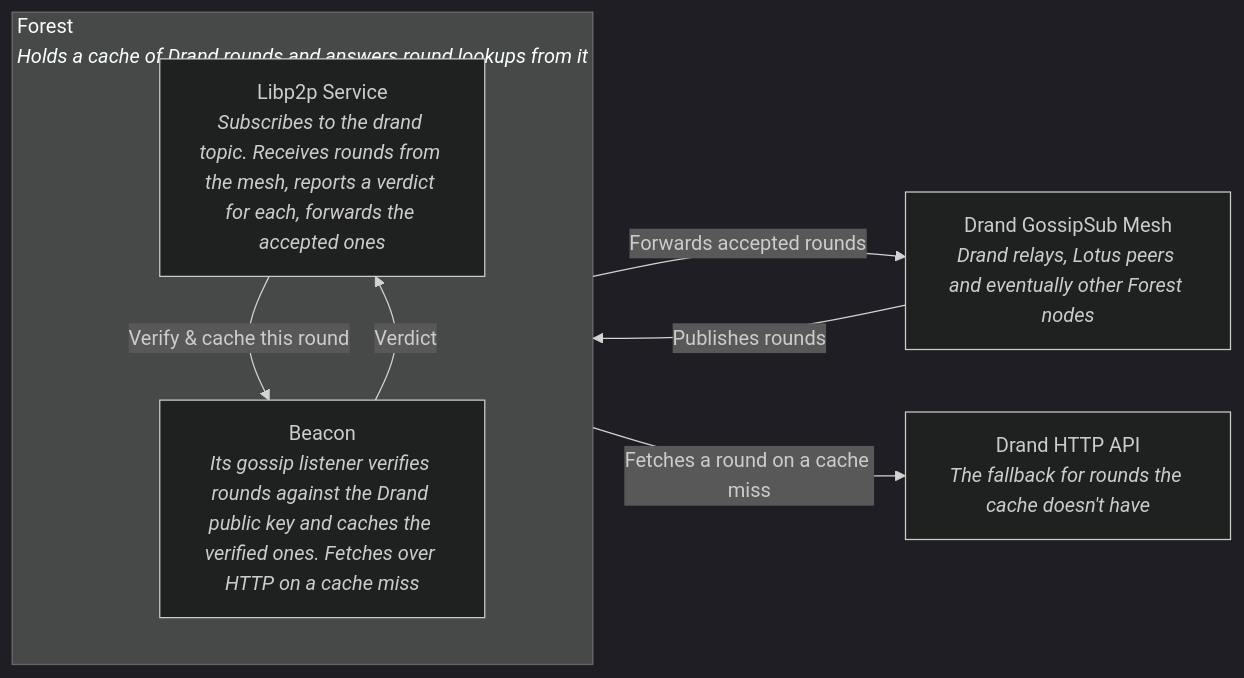
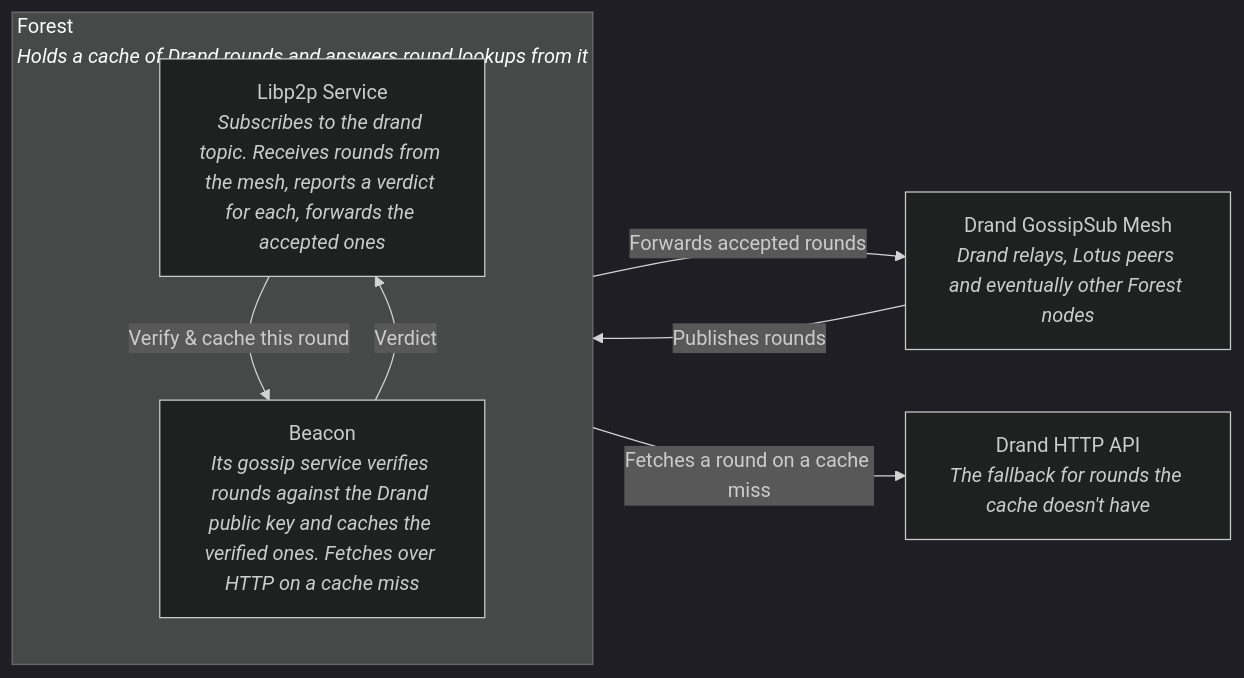
The second of 4 diagrams in docs/docs/developers/deep_dives/drand_gossipsub.md (ChainSafe/forest), drawn with Mermaid (dark theme) before and after one commit. The commit also changed other lines of this file and 8 other files, not shown here.

Commit message:
chore: remove listener, use drand gossip only, setup similarly to chain_follower

````diff
--- a/docs/docs/developers/deep_dives/drand_gossipsub.md
+++ b/docs/docs/developers/deep_dives/drand_gossipsub.md
@@ -36,17 +36,17 @@
 ```mermaid
 flowchart LR
   mesh["Drand GossipSub Mesh<br><i>Drand relays, Lotus peers and eventually other Forest nodes</i>"]
   http["Drand HTTP API<br><i>The fallback for rounds the cache doesn't have</i>"]
 
   subgraph forest["Forest<br><i>Holds a cache of Drand rounds and answers round lookups from it</i>"]
     direction TB
     libp2p["Libp2p Service<br><i>Subscribes to the drand topic. Receives rounds from the mesh, reports a verdict for each, forwards the accepted ones</i>"]
-    beacon["Beacon<br><i>Its gossip listener verifies rounds against the Drand public key and caches the verified ones. Fetches over HTTP on a cache miss</i>"]
+    beacon["Beacon<br><i>Its gossip service verifies rounds against the Drand public key and caches the verified ones. Fetches over HTTP on a cache miss</i>"]
     libp2p -- "Verify & cache this round" --> beacon
     beacon -- "Verdict" --> libp2p
   end
 
   mesh -- "Publishes rounds" --> libp2p
   libp2p -- "Forwards accepted rounds" --> mesh
   beacon -- "Fetches a round on a cache miss" --> http
 ```
````
